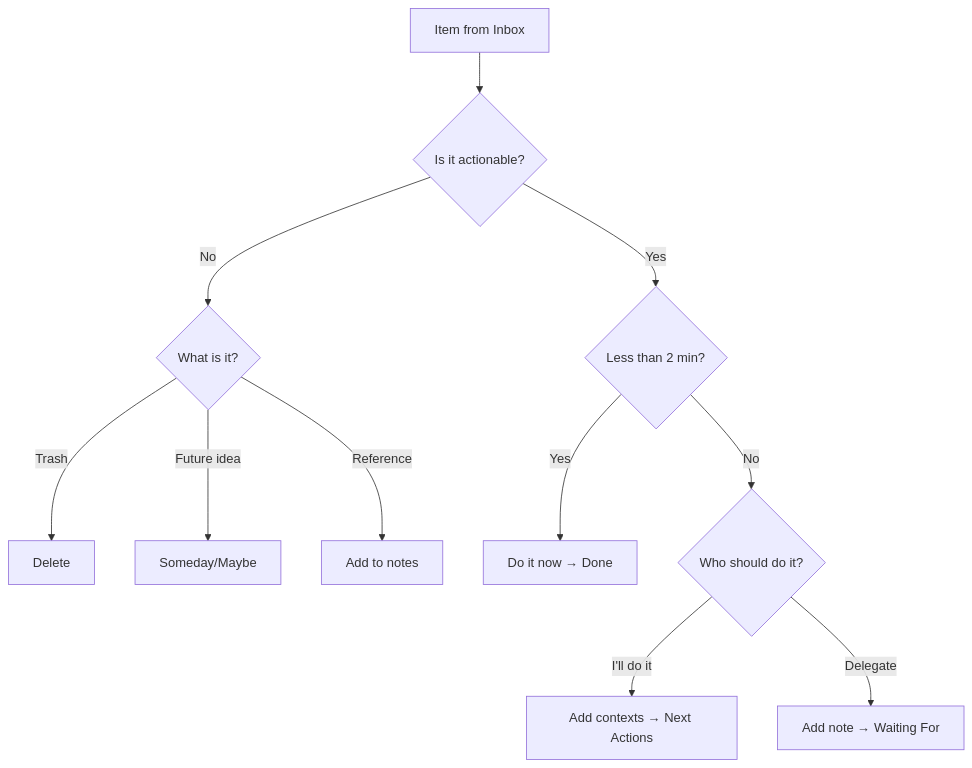
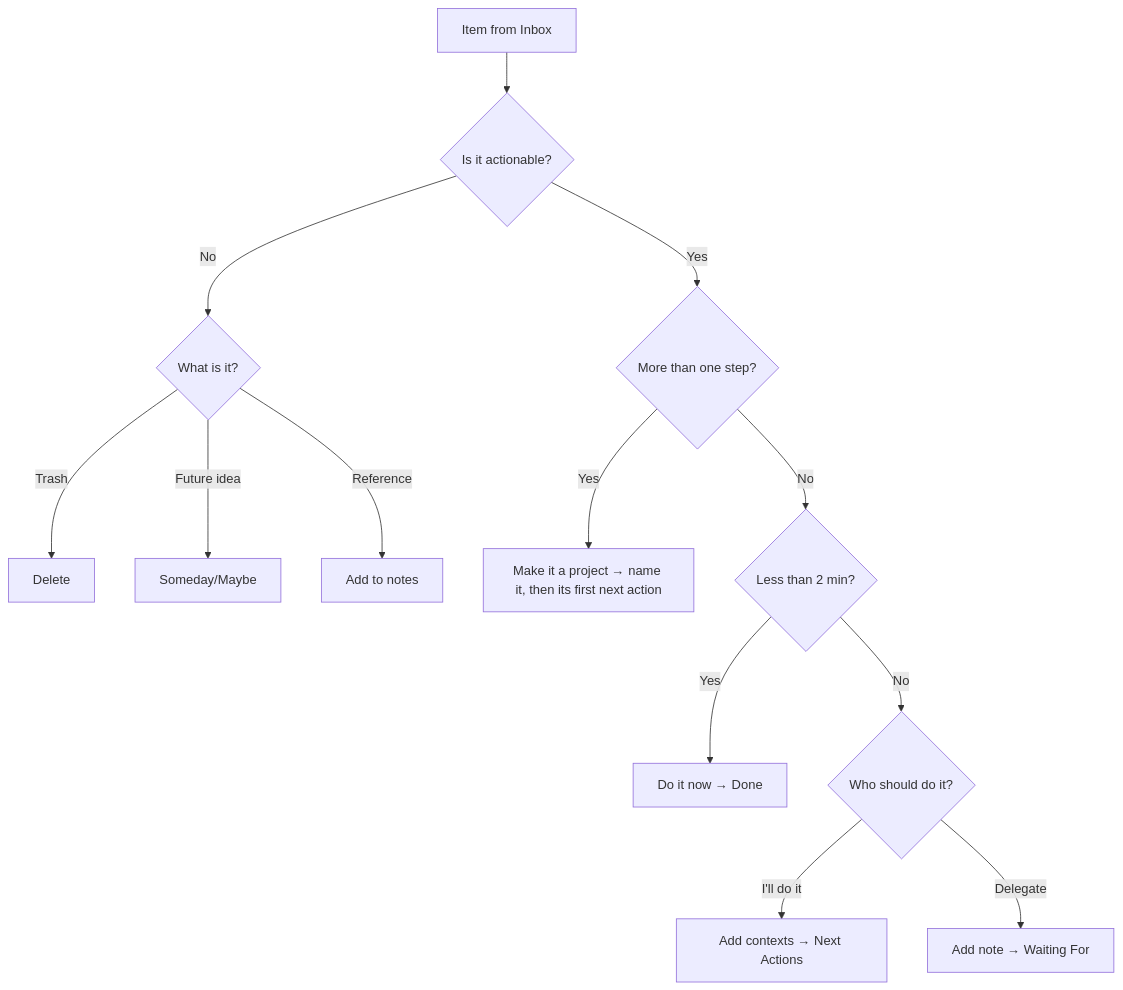
One commit to dongdongbh/mindwtr-web changed the diagram in docs/de/use/gtd-workflow.md. Above: the diagram before and after it, drawn with Mermaid. The commit also changed other lines of this file and 5 other files, not shown here.

Commit message:
docs(gtd): show the multi-step project branch in the clarify flow and add a worked two-step example

````diff
--- a/docs/de/use/gtd-workflow.md
+++ b/docs/de/use/gtd-workflow.md
@@ -72,13 +72,15 @@
 ```mermaid
 flowchart TD
     A[Item from Inbox] --> B{Is it actionable?}
     B -->|No| C{What is it?}
     C -->|Trash| D[Delete]
     C -->|Future idea| E[Someday/Maybe]
     C -->|Reference| F[Add to notes]
-    B -->|Yes| G{Less than 2 min?}
+    B -->|Yes| P{More than one step?}
+    P -->|Yes| Q[Make it a project → name it, then its first next action]
+    P -->|No| G{Less than 2 min?}
     G -->|Yes| H[Do it now → Done]
     G -->|No| I{Who should do it?}
     I -->|I'll do it| J[Add contexts → Next Actions]
     I -->|Delegate| K[Add note → Waiting For]
 ```
````
